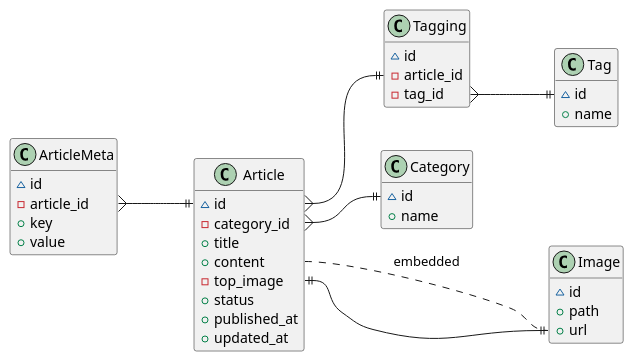
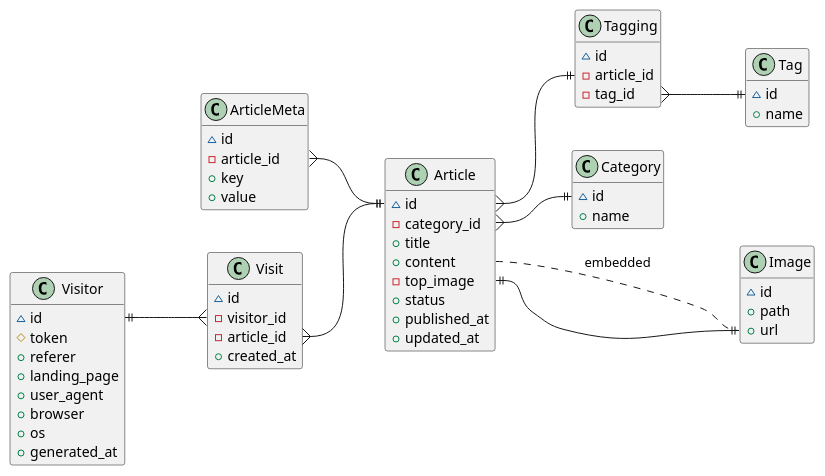
The first of 7 diagrams in diagrams.adoc (tkmfujise/database-modeling-patterns), drawn with PlantUML before and after one commit. The commit also changed other lines of this file and 10 other files, not shown here.

```diff
--- a/diagrams.adoc
+++ b/diagrams.adoc
@@ -5,46 +5,64 @@
 [plantuml]
 ....
 class Article {
     ~ id
     - category_id
     + title
     + content
     - top_image
     + status
     + published_at
     + updated_at
 }
 class Image {
     ~ id
     + path
     + url
 }
 class Category {
     ~ id
     + name
 }
 class Tag {
     ~ id
     + name
 }
 class Tagging {
     ~ id
     - article_id
     - tag_id
 }
 class ArticleMeta {
     ~ id
     - article_id
     + key
     + value
 }
+class Visitor {
+    ~ id
+    # token
+    + referer
+    + landing_page
+    + user_agent
+    + browser
+    + os
+    + generated_at
+}
+class Visit {
+    ~ id
+    - visitor_id
+    - article_id
+    + created_at
+}
 hide methods
 left to right direction
 
 Article::category_id }--|| Category::id
 Article::id }--|| Tagging::article_id
 Tagging::tag_id }--|| Tag::id
 Article::top_image ||--|| Image::url
 Article::content ... Image::url : embedded
 ArticleMeta::article_id }--|| Article::id
+Visitor::id ||--{ Visit::visitor_id
+Visit::article_id }--|| Article::id
 ....
```
